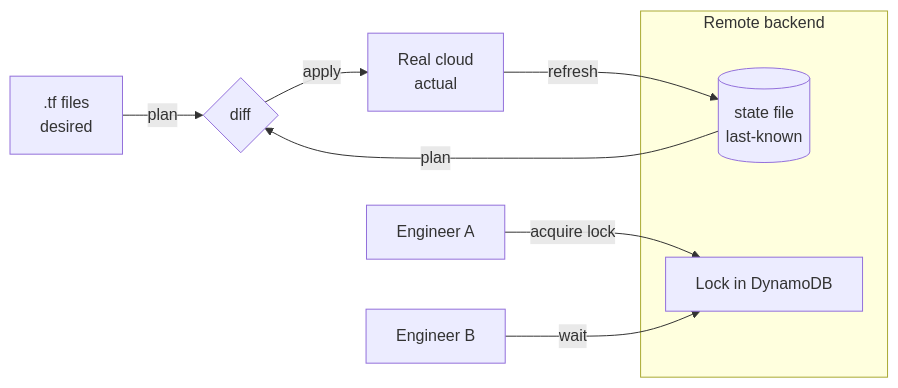
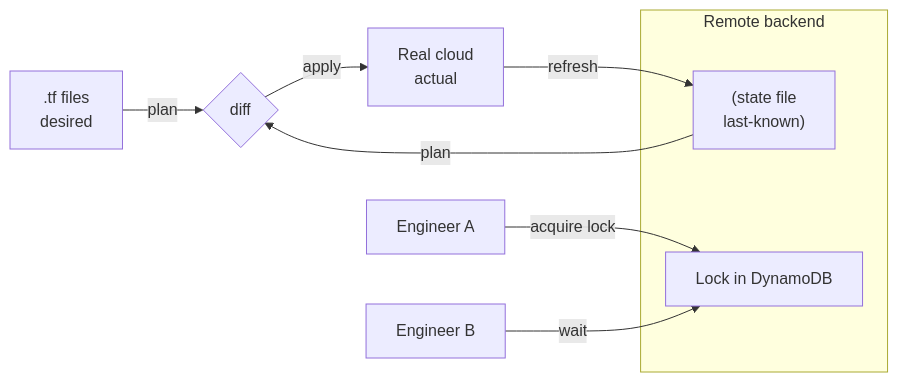
Before and after one commit to srinivaskona7/devops-learning: the third of 12 diagrams in 07-terraform/README.md, drawn with Mermaid. The commit also changed other lines of this file and 220 other files, not shown here.

````diff
--- a/07-terraform/README.md
+++ b/07-terraform/README.md
@@ -326,13 +330,13 @@
 ```mermaid
 flowchart LR
-  A[.tf files<br/>desired] -->|plan| D{diff}
-  B[(state file<br/>last-known)] -->|plan| D
-  C[Real cloud<br/>actual] -->|refresh| B
+  A[".tf files<br/>desired"] -->|plan| D{diff}
+  B["(state file<br/>last-known)"] -->|plan| D
+  C["Real cloud<br/>actual"] -->|refresh| B
   D -->|apply| C
   subgraph backend[Remote backend]
     B
     L[Lock in DynamoDB]
   end
   U1[Engineer A] -->|acquire lock| L
   U2[Engineer B] -->|wait| L
 ```
````
